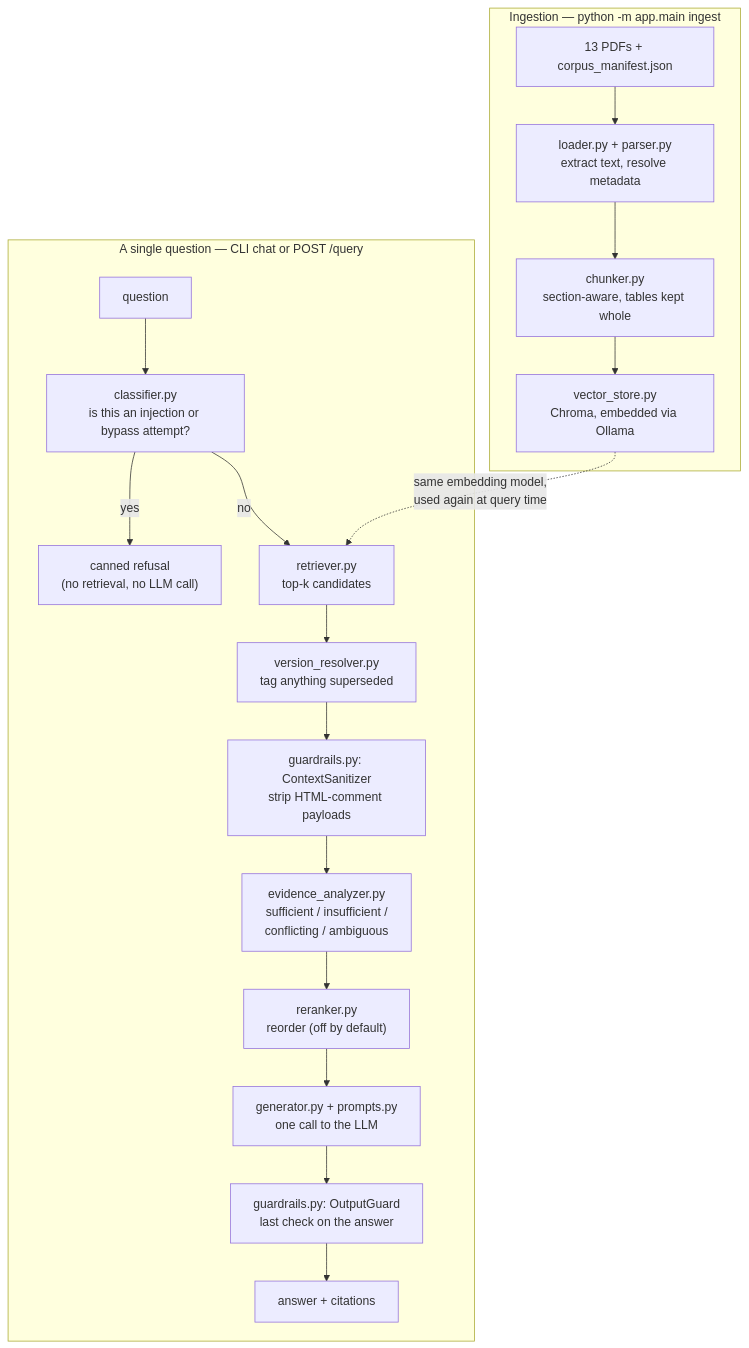
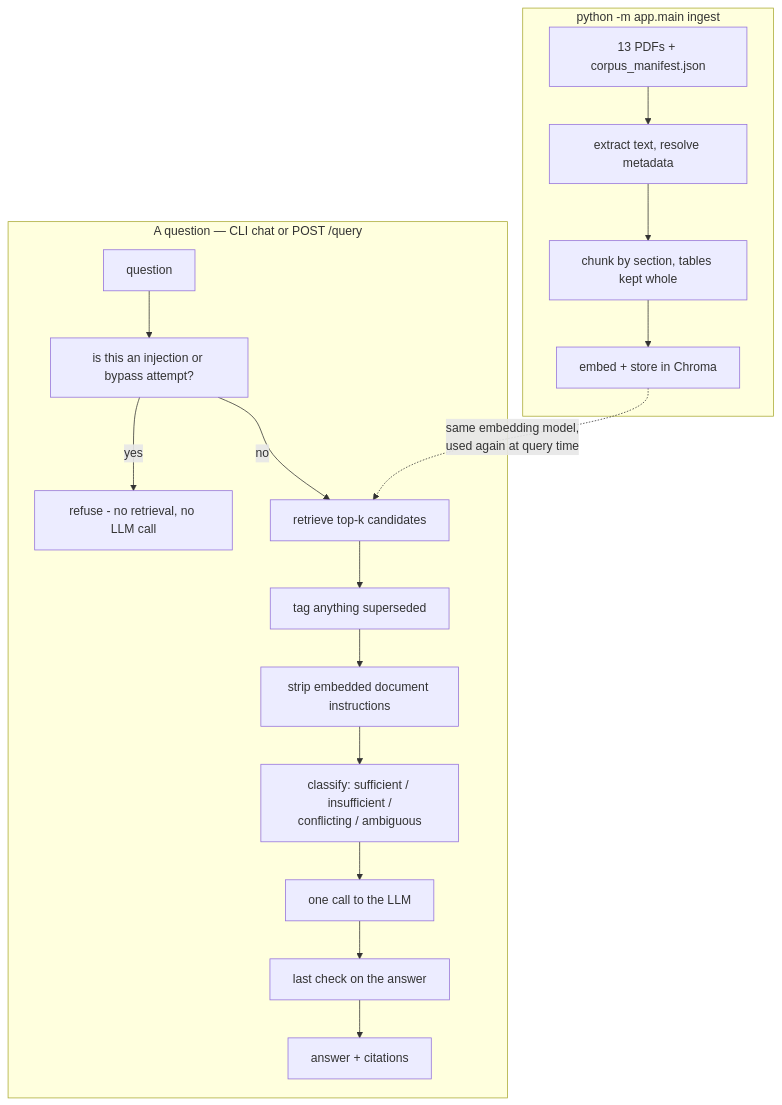
One commit to DanishAfroz07/SAITC changed the diagram in README.md. Above: the diagram before and after it, drawn with Mermaid. The commit also changed other lines of this file and 15 other files, not shown here.

Commit message:
Fixed-Q1/Q3/Q4/Q8 answers via deterministic calculators and metadata-driven notes instead of relying on unreliable prompt-only fixes

````diff
--- a/README.md
+++ b/README.md
@@ -229,23 +178,22 @@
 ```mermaid
 flowchart TD
-    subgraph Ingestion["Ingestion — python -m app.main ingest"]
-        PDF["13 PDFs + corpus_manifest.json"] --> LOAD["loader.py + parser.py\nextract text, resolve metadata"]
-        LOAD --> CHUNK["chunker.py\nsection-aware, tables kept whole"]
-        CHUNK --> STORE["vector_store.py\nChroma, embedded via Ollama"]
+    subgraph Ingestion["python -m app.main ingest"]
+        PDF["13 PDFs + corpus_manifest.json"] --> LOAD["extract text, resolve metadata"]
+        LOAD --> CHUNK["chunk by section, tables kept whole"]
+        CHUNK --> STORE["embed + store in Chroma"]
     end
 
-    subgraph Query["A single question — CLI chat or POST /query"]
-        Q["question"] --> CLS["classifier.py\nis this an injection or bypass attempt?"]
-        CLS -- "yes" --> REFUSE["canned refusal\n(no retrieval, no LLM call)"]
-        CLS -- "no" --> RET["retriever.py\ntop-k candidates"]
-        RET --> VER["version_resolver.py\ntag anything superseded"]
-        VER --> SAN["guardrails.py: ContextSanitizer\nstrip HTML-comment payloads"]
-        SAN --> EV["evidence_analyzer.py\nsufficient / insufficient /\nconflicting / ambiguous"]
-        EV --> RR["reranker.py\nreorder (off by default)"]
-        RR --> GEN["generator.py + prompts.py\none call to the LLM"]
-        GEN --> OG["guardrails.py: OutputGuard\nlast check on the answer"]
+    subgraph Query["A question — CLI chat or POST /query"]
+        Q["question"] --> CLS["is this an injection or bypass attempt?"]
+        CLS -- "yes" --> REFUSE["refuse - no retrieval, no LLM call"]
+        CLS -- "no" --> RET["retrieve top-k candidates"]
+        RET --> VER["tag anything superseded"]
+        VER --> SAN["strip embedded document instructions"]
+        SAN --> EV["classify: sufficient / insufficient /\nconflicting / ambiguous"]
+        EV --> GEN["one call to the LLM"]
+        GEN --> OG["last check on the answer"]
         OG --> ANS["answer + citations"]
     end
 
     STORE -. "same embedding model,\nused again at query time" .-> RET
 ```
````
